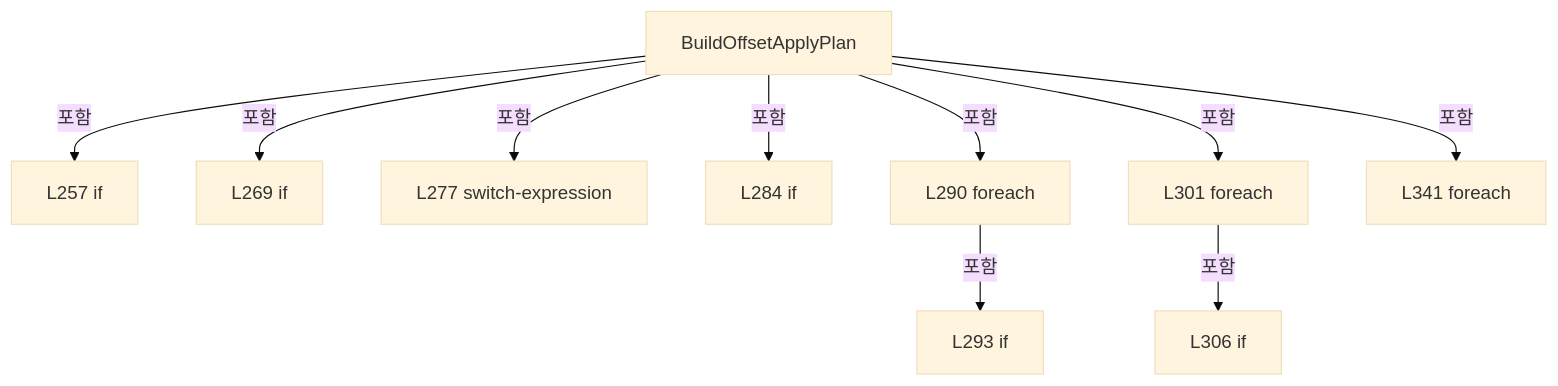
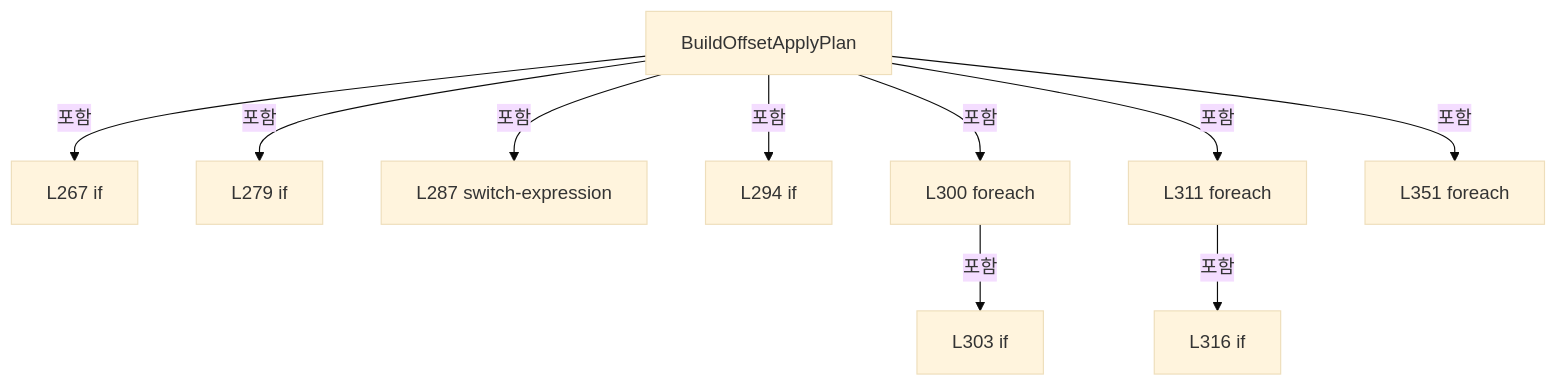
The fifth of 18 diagrams in A3 LD Code Ref/files/Drilling.UI/Menu/Menus/CMenuCorrection.ReviewData.Offset.cs.md (kjuws10-rgb/Shared), drawn with Mermaid (base theme) before and after one commit. The commit also changed other lines of this file and 2071 other files, not shown here.

Commit message:
docs(a3): update 11.19.0 architecture and code reference

````diff
--- a/A3 LD Code Ref/files/Drilling.UI/Menu/Menus/CMenuCorrection.ReviewData.Offset.cs.md
+++ b/A3 LD Code Ref/files/Drilling.UI/Menu/Menus/CMenuCorrection.ReviewData.Offset.cs.md
@@ -1010,22 +1014,22 @@
 ```mermaid
 flowchart TD
  M["BuildOffsetApplyPlan"]
- N0["L257 if"]
+ N0["L267 if"]
  M -->|포함| N0
- N1["L269 if"]
+ N1["L279 if"]
  M -->|포함| N1
- N2["L277 switch-expression"]
+ N2["L287 switch-expression"]
  M -->|포함| N2
- N3["L284 if"]
+ N3["L294 if"]
  M -->|포함| N3
- N4["L290 foreach"]
+ N4["L300 foreach"]
  M -->|포함| N4
- N5["L293 if"]
+ N5["L303 if"]
  N4 -->|포함| N5
- N6["L301 foreach"]
+ N6["L311 foreach"]
  M -->|포함| N6
- N7["L306 if"]
+ N7["L316 if"]
  N6 -->|포함| N7
- N8["L341 foreach"]
+ N8["L351 foreach"]
  M -->|포함| N8
 ```
````
